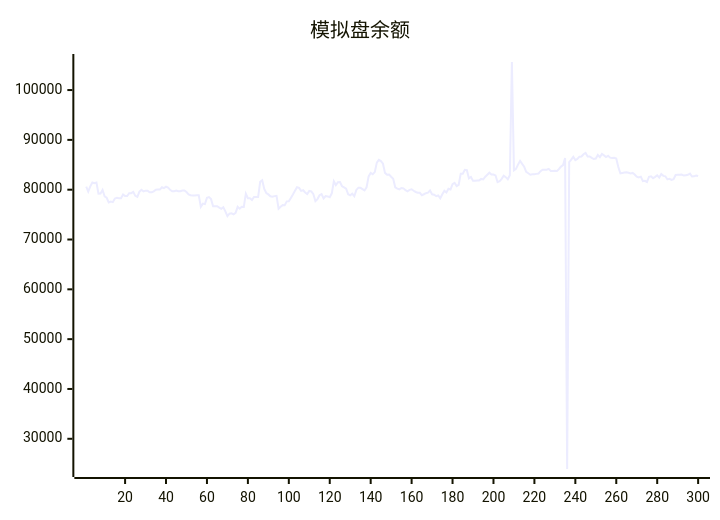
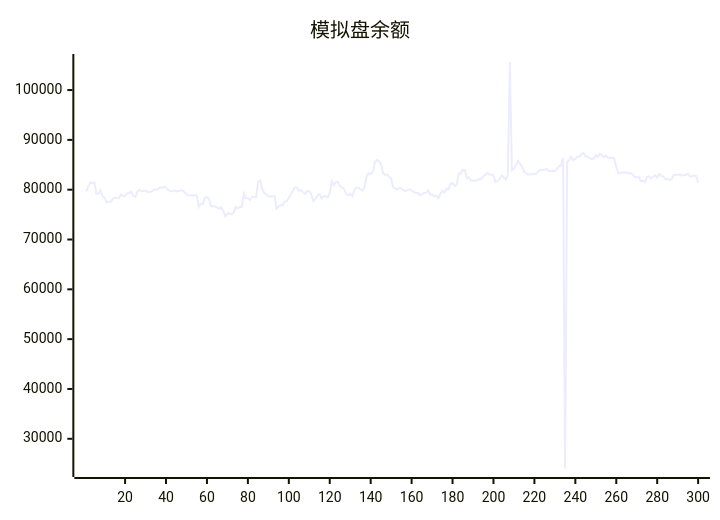
The diagram in README.md (aahl/ai-trading), drawn with Mermaid before and after one commit. The commit also changed other lines of this file and 1 other file, not shown here.

````diff
--- a/README.md
+++ b/README.md
@@ -5,5 +5,5 @@
 ```mermaid
 xychart
     title "模拟盘余额"
-    line [80631,79624,80670,81448,81290,81429,79212,79222,79940,78643,78380,77432,77623,77504,78235,78358,78284,78277,79048,78714,78714,79290,79308,79567,78763,78563,79603,79988,79652,79813,79813,79476,79469,79673,79995,80015,80015,80486,80314,80600,80436,79966,79689,79689,79819,79692,79692,79850,79850,79518,79071,78889,78850,78850,78878,78878,76554,77202,77103,78357,78510,78106,76678,76677,76672,76411,76159,76485,75656,74695,75197,75246,75052,75334,76564,76179,76553,76551,79196,78300,78300,77944,78531,78531,78521,81564,81884,80160,79335,79055,78675,78580,78708,78764,76179,76586,76902,76876,77658,77669,78346,79023,79769,80497,80366,79761,79896,79448,79126,79749,79658,79097,77695,78114,78888,79126,78249,78738,78653,78478,79271,81680,80923,81488,81527,80681,80455,80190,79084,78879,79193,78686,79954,80403,80374,80118,79848,80491,82665,83351,83098,83525,85430,85983,85737,85221,83378,83014,83043,82613,82216,80477,80208,80081,80348,80277,79894,79670,79965,80093,79786,79542,79406,79371,78893,79087,79304,79406,79841,79072,78978,78696,78846,78272,79085,79787,79442,80198,80031,81120,81379,80718,80985,83214,83212,83993,83921,82270,82547,81776,81776,81866,81866,82158,82061,82596,83000,83408,83041,83050,82858,81503,81691,82188,82812,82517,82092,82901,105633,83898,84180,85030,85781,85178,84604,83569,83298,83008,83093,83107,83175,83228,83729,84025,84017,84019,84177,83775,83762,83785,83738,84160,84639,84939,86370,23934,85548,86046,86599,85942,86161,86622,86664,87115,87369,86666,86685,86384,86152,86243,86969,86548,87164,86885,86566,86809,86427,86348,86417,86273,84538,83299,83369,83430,83490,83404,83270,83362,83056,82605,82459,82614,81734,81788,81551,82598,82702,82320,82580,82878,82426,83139,82778,82686,82056,82166,81963,82110,82951,82983,82984,83038,82838,82915,82998,83235,82642,82682,82858,82746]
+    line [79624,80670,81448,81290,81429,79212,79222,79940,78643,78380,77432,77623,77504,78235,78358,78284,78277,79048,78714,78714,79290,79308,79567,78763,78563,79603,79988,79652,79813,79813,79476,79469,79673,79995,80015,80015,80486,80314,80600,80436,79966,79689,79689,79819,79692,79692,79850,79850,79518,79071,78889,78850,78850,78878,78878,76554,77202,77103,78357,78510,78106,76678,76677,76672,76411,76159,76485,75656,74695,75197,75246,75052,75334,76564,76179,76553,76551,79196,78300,78300,77944,78531,78531,78521,81564,81884,80160,79335,79055,78675,78580,78708,78764,76179,76586,76902,76876,77658,77669,78346,79023,79769,80497,80366,79761,79896,79448,79126,79749,79658,79097,77695,78114,78888,79126,78249,78738,78653,78478,79271,81680,80923,81488,81527,80681,80455,80190,79084,78879,79193,78686,79954,80403,80374,80118,79848,80491,82665,83351,83098,83525,85430,85983,85737,85221,83378,83014,83043,82613,82216,80477,80208,80081,80348,80277,79894,79670,79965,80093,79786,79542,79406,79371,78893,79087,79304,79406,79841,79072,78978,78696,78846,78272,79085,79787,79442,80198,80031,81120,81379,80718,80985,83214,83212,83993,83921,82270,82547,81776,81776,81866,81866,82158,82061,82596,83000,83408,83041,83050,82858,81503,81691,82188,82812,82517,82092,82901,105633,83898,84180,85030,85781,85178,84604,83569,83298,83008,83093,83107,83175,83228,83729,84025,84017,84019,84177,83775,83762,83785,83738,84160,84639,84939,86370,23934,85548,86046,86599,85942,86161,86622,86664,87115,87369,86666,86685,86384,86152,86243,86969,86548,87164,86885,86566,86809,86427,86348,86417,86273,84538,83299,83369,83430,83490,83404,83270,83362,83056,82605,82459,82614,81734,81788,81551,82598,82702,82320,82580,82878,82426,83139,82778,82686,82056,82166,81963,82110,82951,82983,82984,83038,82838,82915,82998,83235,82642,82682,82858,82746,81396]
 ```
````
